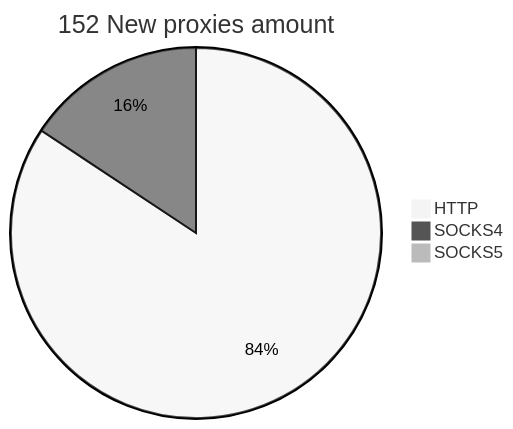
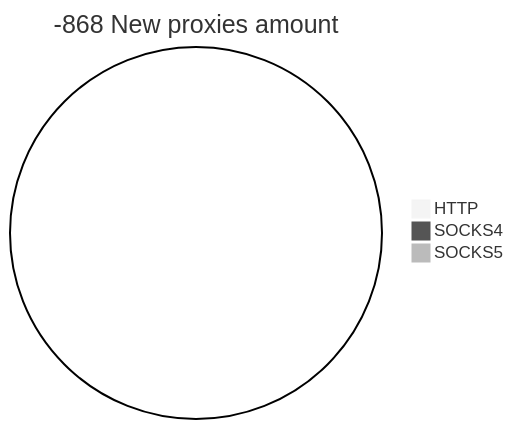
The second of 2 diagrams in README.md (cutipu/proxylist), drawn with Mermaid (neutral theme) before and after one commit. The commit also changed other lines of this file, not shown here.

````diff
--- a/README.md
+++ b/README.md
@@ -10,6 +10,6 @@
 ```mermaid
-pie title 152 New proxies amount
-    "HTTP" : 129
-    "SOCKS4" : 24
+pie title -868 New proxies amount
+    "HTTP" : 0
+    "SOCKS4" : 0
     "SOCKS5" : 0
 ```
````
